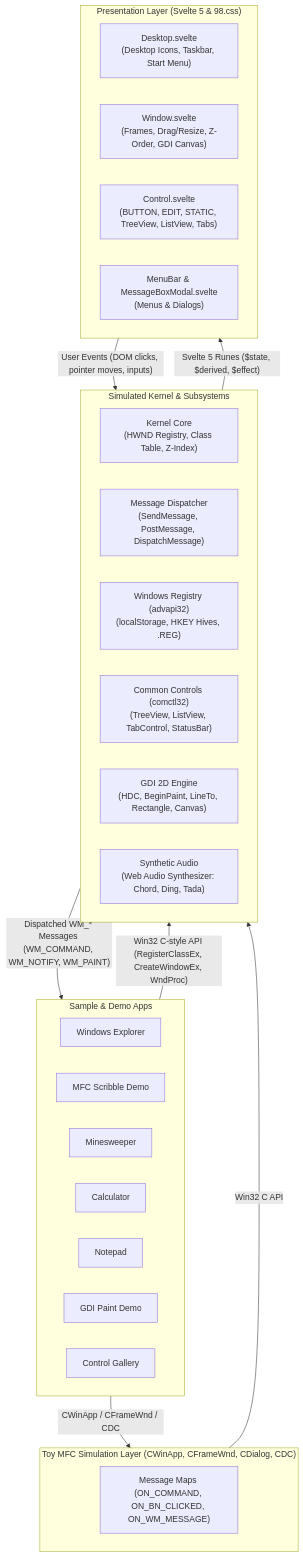
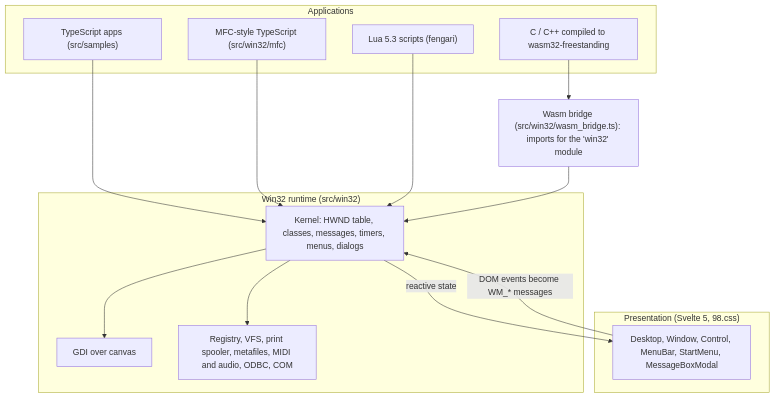
Before and after one commit to net-pilgrim/win32-svelte: the diagram in README.md, drawn with Mermaid. The commit also changed other lines of this file, not shown here.

````diff
--- a/README.md
+++ b/README.md
@@ -122,39 +55,30 @@
 ```mermaid
 flowchart TD
-    subgraph Apps["Sample & Demo Apps"]
-        Explorer["Windows Explorer"]
-        MfcScribble["MFC Scribble Demo"]
-        Minesweeper["Minesweeper"]
-        Calculator["Calculator"]
-        Notepad["Notepad"]
-        PaintDemo["GDI Paint Demo"]
-        ControlGallery["Control Gallery"]
+    subgraph Apps["Applications"]
+        TS["TypeScript apps (src/samples)"]
+        MFC["MFC-style TypeScript (src/win32/mfc)"]
+        LUA["Lua 5.3 scripts (fengari)"]
+        WASM["C / C++ compiled to wasm32-freestanding"]
     end
 
-    subgraph MfcLayer["Toy MFC Simulation Layer (CWinApp, CFrameWnd, CDialog, CDC)"]
-        MessageMaps["Message Maps (ON_COMMAND, ON_BN_CLICKED, ON_WM_MESSAGE)"]
+    Bridge["Wasm bridge (src/win32/wasm_bridge.ts): imports for the 'win32' module"]
+
+    subgraph Runtime["Win32 runtime (src/win32)"]
+        Kernel["Kernel: HWND table, classes, messages, timers, menus, dialogs"]
+        GDI["GDI over canvas"]
+        Sub["Registry, VFS, print spooler, metafiles, MIDI and audio, ODBC, COM"]
     end
 
-    subgraph KernelSubsystem["Simulated Kernel & Subsystems"]
-        KernelCore["Kernel Core<br/>(HWND Registry, Class Table, Z-Index)"]
-        MsgPump["Message Dispatcher<br/>(SendMessage, PostMessage, DispatchMessage)"]
-        Registry["Windows Registry (advapi32)<br/>(localStorage, HKEY Hives, .REG)"]
-        ComCtl32["Common Controls (comctl32)<br/>(TreeView, ListView, TabControl, StatusBar)"]
-        GDI["GDI 2D Engine<br/>(HDC, BeginPaint, LineTo, Rectangle, Canvas)"]
-        Audio["Synthetic Audio<br/>(Web Audio Synthesizer: Chord, Ding, Tada)"]
+    subgraph UI["Presentation (Svelte 5, 98.css)"]
+        Shell["Desktop, Window, Control, MenuBar, StartMenu, MessageBoxModal"]
     end
 
-    subgraph Presentation["Presentation Layer (Svelte 5 & 98.css)"]
-        Desktop["Desktop.svelte<br/>(Desktop Icons, Taskbar, Start Menu)"]
-        Window["Window.svelte<br/>(Frames, Drag/Resize, Z-Order, GDI Canvas)"]
-        Control["Control.svelte<br/>(BUTTON, EDIT, STATIC, TreeView, ListView, Tabs)"]
-        Modals["MenuBar & MessageBoxModal.svelte<br/>(Menus & Dialogs)"]
-    end
-
-    Apps -->|"CWinApp / CFrameWnd / CDC"| MfcLayer
-    MfcLayer -->|"Win32 C API"| KernelSubsystem
-    Apps -->|"Win32 C-style API (RegisterClassEx, CreateWindowEx, WndProc)"| KernelSubsystem
-    KernelSubsystem -->|"Svelte 5 Runes ($state, $derived, $effect)"| Presentation
-    Presentation -->|"User Events (DOM clicks, pointer moves, inputs)"| KernelSubsystem
-    KernelSubsystem -->|"Dispatched WM_* Messages (WM_COMMAND, WM_NOTIFY, WM_PAINT)"| Apps
+    TS --> Kernel
+    MFC --> Kernel
+    LUA --> Kernel
+    WASM --> Bridge --> Kernel
+    Kernel --> GDI
+    Kernel --> Sub
+    Kernel -->|"reactive state"| Shell
+    Shell -->|"DOM events become WM_* messages"| Kernel
 ```
````
